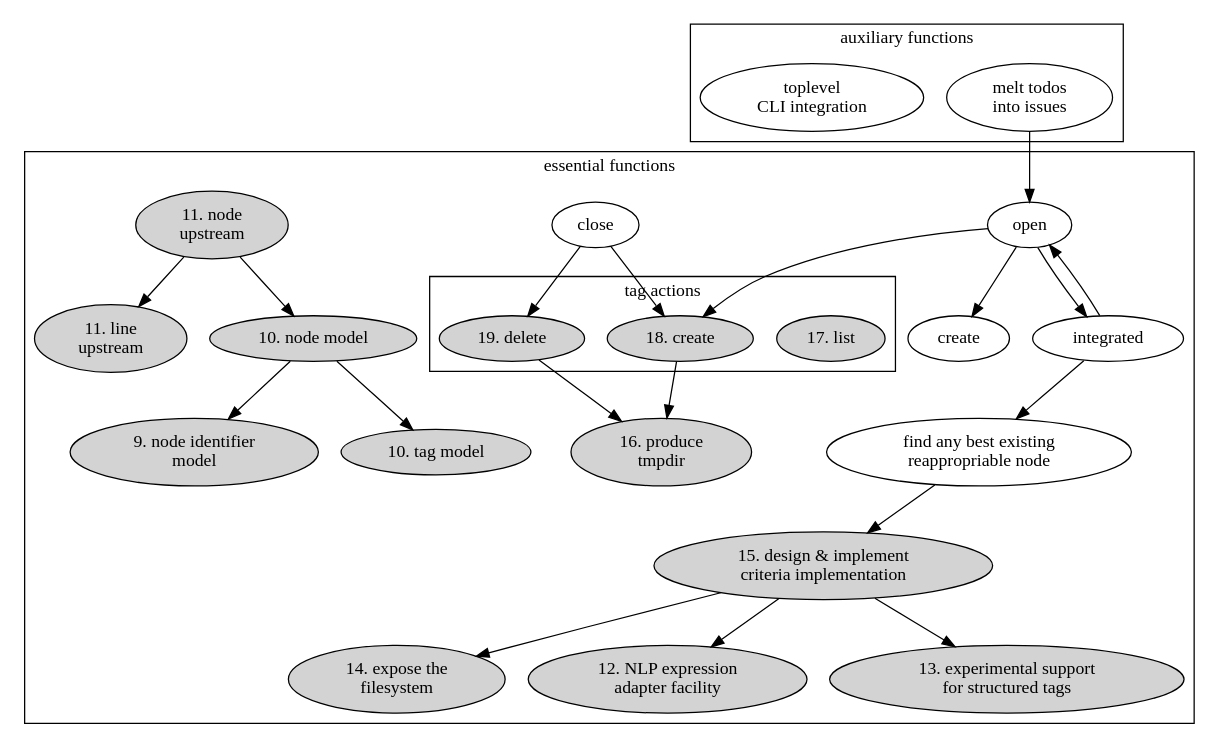
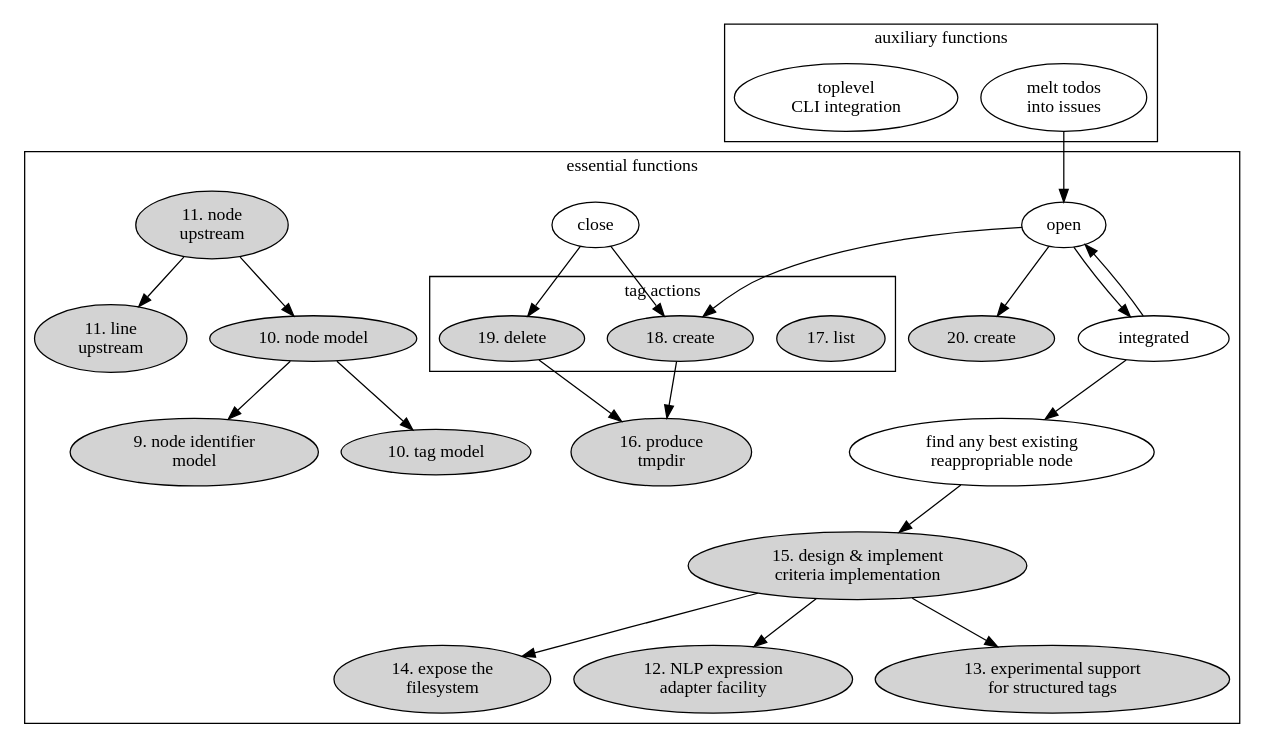
The diagram in lib/skylab/snag/doc/issues/038/component-digraph.dot (hipe/tmx), drawn with Graphviz before and after one commit. The commit also changed 38 other files, not shown here.

```diff
--- a/lib/skylab/snag/doc/issues/038/component-digraph.dot
+++ b/lib/skylab/snag/doc/issues/038/component-digraph.dot
@@ -1,65 +1,65 @@
 digraph {
 
 subgraph cluster_main {
 
   label="essential functions"
 
   subgraph cluster_tag_actions {
     label="tag actions"
     tl [label="17. list" style=filled]
     ta [label="18. create" style=filled]
     tr [label="19. delete" style=filled]
   }
 
   aa [label="open" ]
   ca [label="close" ]
   de [label="15. design & implement\ncriteria implementation" style=filled]
   FS [label="14. expose the\nfilesystem" style=filled]
   line_upstream [label="11. line\nupstream" style=filled]
   NLP_experiment [label="12. NLP expression\nadapter facility" style=filled]
   node_identifier_model [label="9. node identifier\nmodel" style=filled]
   node_model [label="10. node model" style=filled]
   node_upstream [label="11. node\nupstream" style=filled]
-  oaa [label="create"]
+  oaa [label="20. create" style=filled]
   rea [label="integrated" ]
   rea_actor [label="find any best existing\nreappropriable node" ]
   stru [label="13. experimental support\nfor structured tags" style=filled]
   tag_model [label="10. tag model" style=filled]
   tmpdir [label="16. produce\ntmpdir" style=filled]
 
   aa->rea
   aa->ta
 
   ca->tr
   ca->ta
 
   rea->aa
   aa->oaa
   rea->rea_actor
 
   rea_actor->de
   de->NLP_experiment
   de->FS
   de->stru
 
   node_upstream -> line_upstream
   node_upstream -> node_model
 
   node_model -> node_identifier_model
   node_model -> tag_model
 
   tr->tmpdir
   ta->tmpdir
 
 }
 
 
 subgraph cluster_after {
 
   label="auxiliary functions"
   melt [label="melt todos\ninto issues"]
   top_cli [label="toplevel\nCLI integration"]
 }
 
 melt->aa
 }
```
